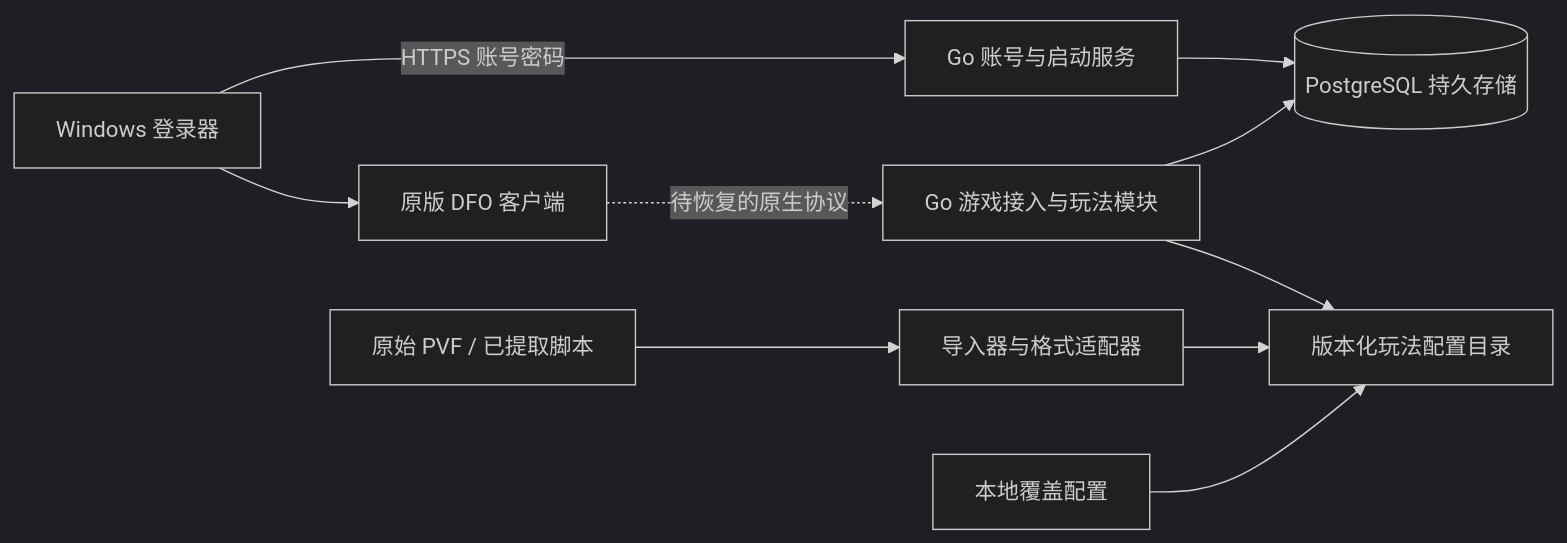
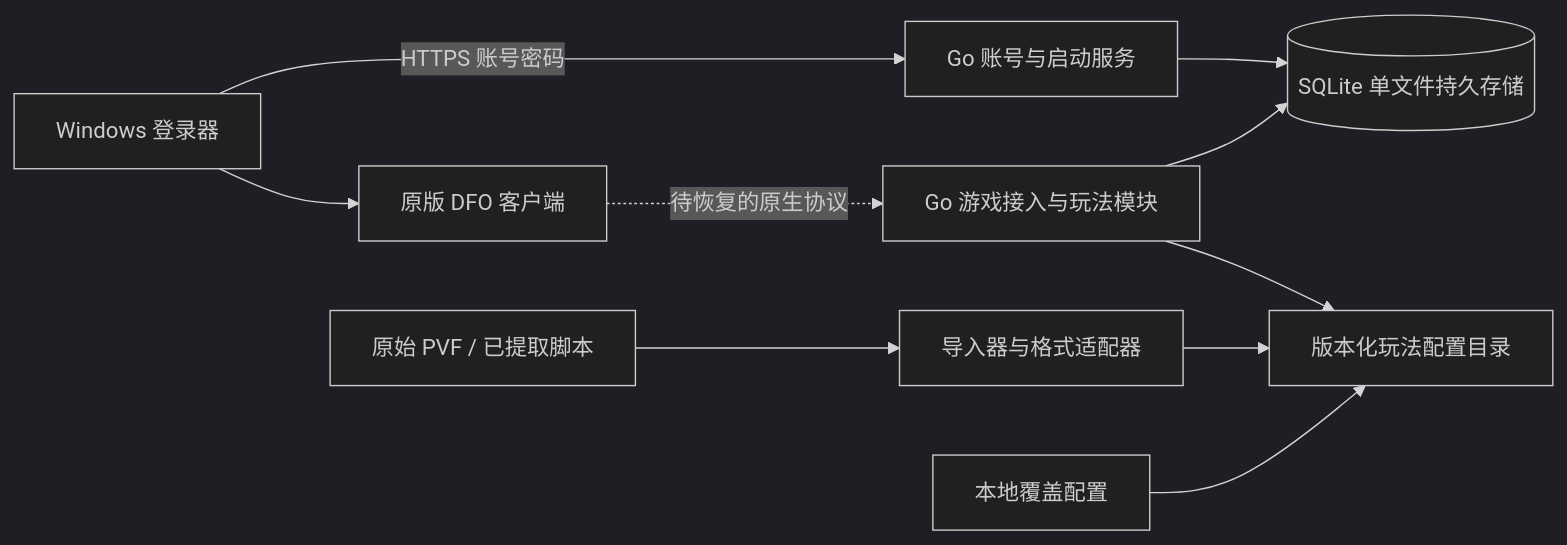
The diagram in server/work/dfo-lan/docs/architecture.md (KinkOwO/115), drawn with Mermaid (dark theme) before and after one commit. The commit also changed other lines of this file and 153 other files, not shown here.

````diff
--- a/server/work/dfo-lan/docs/architecture.md
+++ b/server/work/dfo-lan/docs/architecture.md
@@ -5,12 +5,12 @@
 ```mermaid
 flowchart LR
     L[Windows 登录器] -->|HTTPS 账号密码| A[Go 账号与启动服务]
-    A --> P[(PostgreSQL 持久存储)]
+    A --> P[(SQLite 单文件持久存储)]
     L --> C[原版 DFO 客户端]
     C -.待恢复的原生协议.-> G[Go 游戏接入与玩法模块]
     G --> P
     G --> D[版本化玩法配置目录]
     V[原始 PVF / 已提取脚本] --> I[导入器与格式适配器]
     I --> D
     O[本地覆盖配置] --> D
 ```
````
